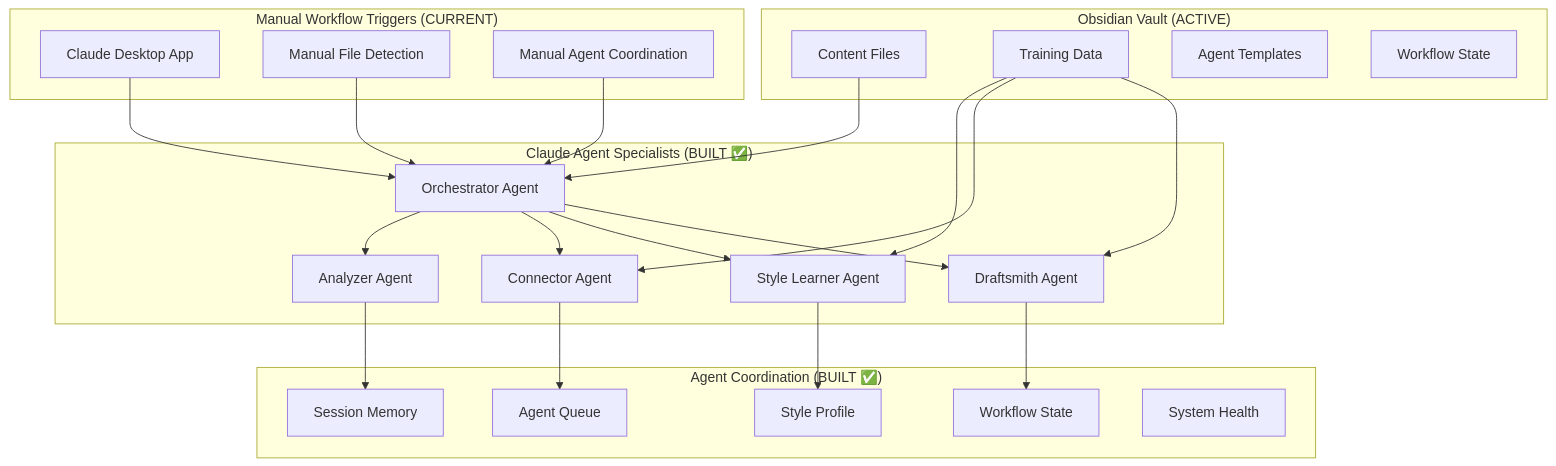
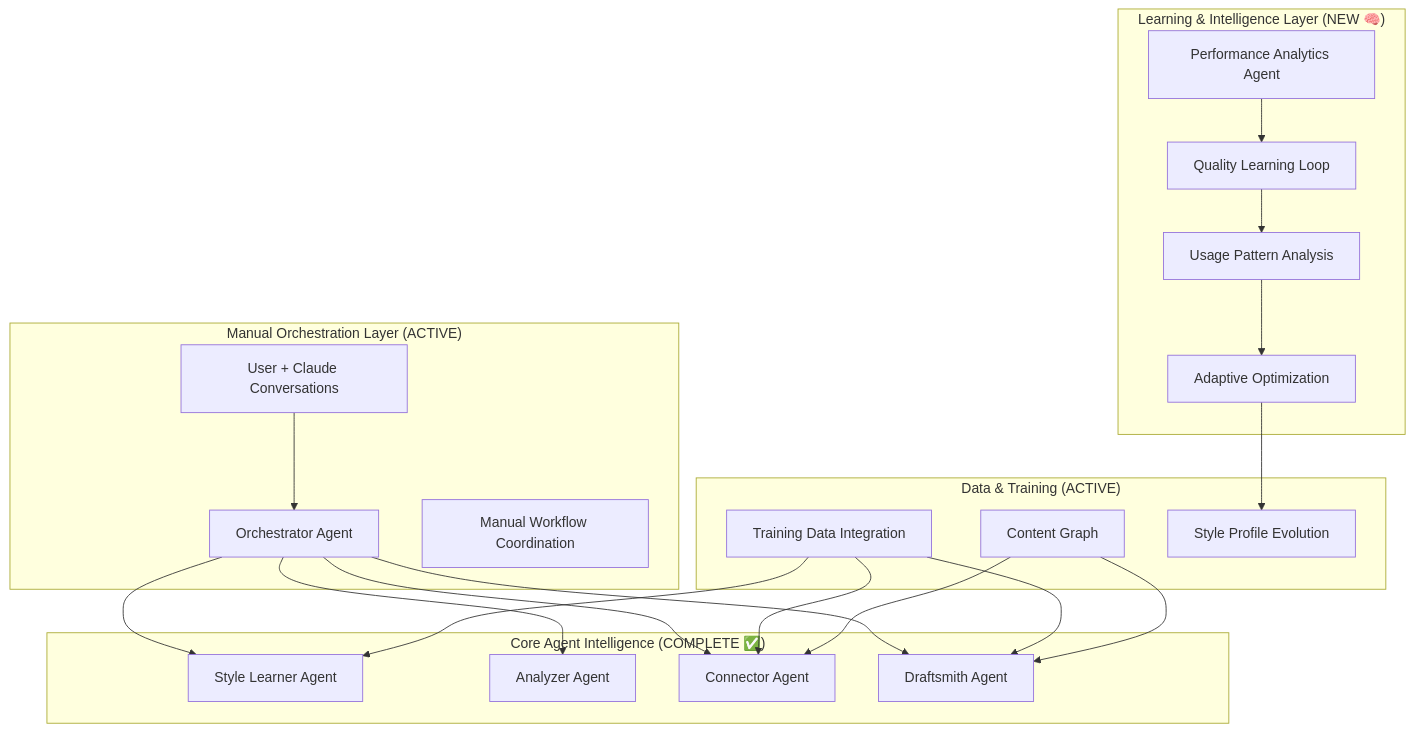
One commit to bravura-studio/andochoa.com changed the first of 2 diagrams in project-docs/claude_agents_prd.md. Above: the diagram before and after it, drawn with Mermaid. The commit also changed other lines of this file and 4 other files, not shown here.

````diff
--- a/project-docs/claude_agents_prd.md
+++ b/project-docs/claude_agents_prd.md
@@ -31,50 +38,45 @@
 ```mermaid
 graph TB
-    subgraph "Obsidian Vault (ACTIVE)"
-        A[Content Files]
-        A1[Training Data]
-        A2[Agent Templates]
-        A3[Workflow State]
+    subgraph "Manual Orchestration Layer (ACTIVE)"
+        A[User + Claude Conversations]
+        B[Orchestrator Agent]
+        C[Manual Workflow Coordination]
     end
     
-    subgraph "Claude Agent Specialists (BUILT ✅)"
-        F[Orchestrator Agent]
-        G[Analyzer Agent]
-        H[Connector Agent] 
-        I[Style Learner Agent]
-        J[Draftsmith Agent]
+    subgraph "Core Agent Intelligence (COMPLETE ✅)"
+        D[Style Learner Agent]
+        E[Analyzer Agent]
+        F[Connector Agent] 
+        G[Draftsmith Agent]
     end
     
-    subgraph "Agent Coordination (BUILT ✅)"
-        K[Session Memory]
-        L[Agent Queue]
-        M[Workflow State]
-        N[Style Profile]
-        O[System Health]
+    subgraph "Learning & Intelligence Layer (NEW 🧠)"
+        H[Performance Analytics Agent]
+        I[Quality Learning Loop]
+        J[Usage Pattern Analysis]
+        K[Adaptive Optimization]
     end
     
-    subgraph "Manual Workflow Triggers (CURRENT)"
-        P[Claude Desktop App]
-        Q[Manual File Detection]
-        R[Manual Agent Coordination]
+    subgraph "Data & Training (ACTIVE)"
+        L[Training Data Integration]
+        M[Content Graph]
+        N[Style Profile Evolution]
     end
     
-    A --> F
-    F --> G
-    F --> H  
-    F --> I
-    F --> J
+    A --> B
+    B --> D
+    B --> E
+    B --> F
+    B --> G
     
-    A1 --> I
-    A1 --> H
-    A1 --> J
+    H --> I
+    I --> J
+    J --> K
+    K --> N
     
-    G --> K
-    H --> L
-    I --> N
-    J --> M
-    
-    P --> F
-    Q --> F
-    R --> F
+    L --> D
+    L --> F
+    L --> G
+    M --> F
+    M --> G
 ```
````
